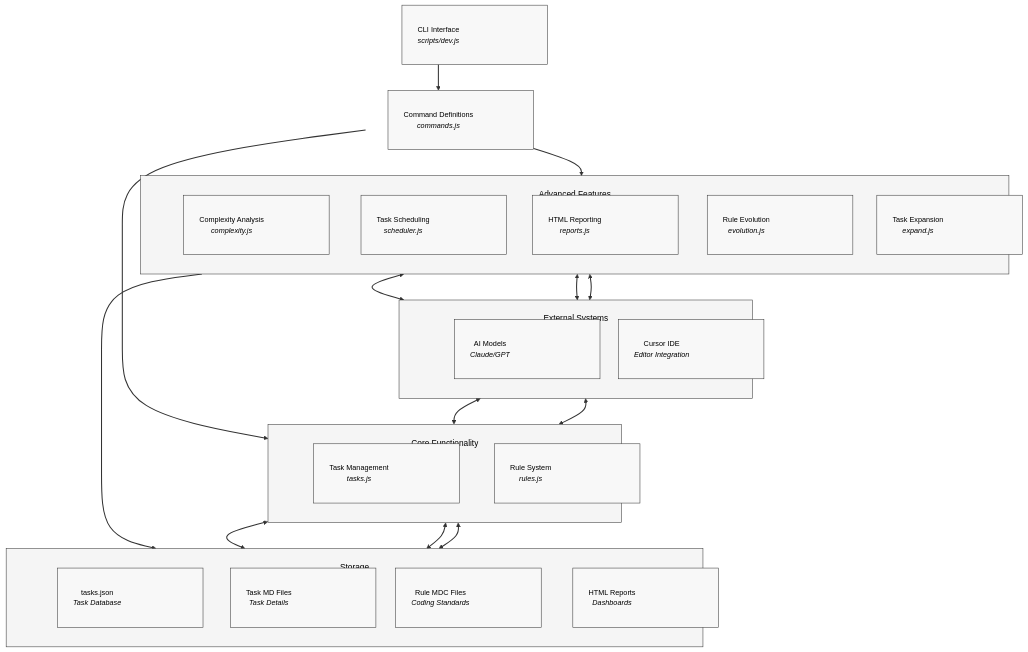
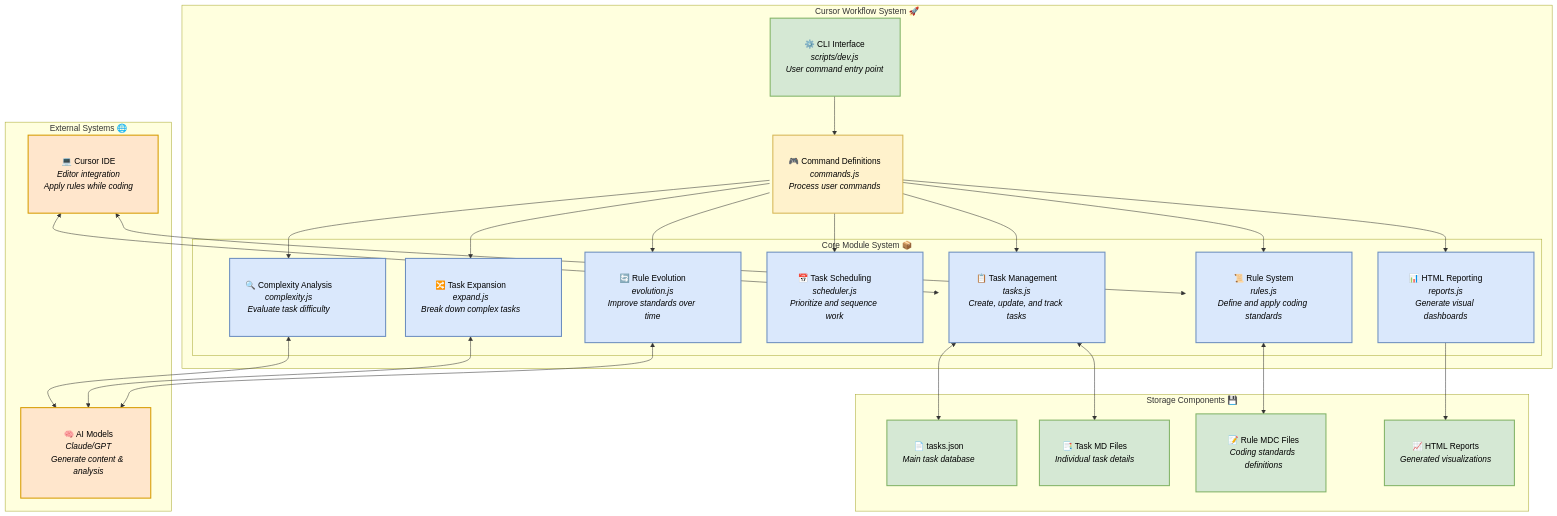
One commit to colours93/cursor_workflow changed the first of 5 diagrams in docs/workflow-guide.md. Above: the diagram before and after it, drawn with Mermaid. The commit also changed other lines of this file, not shown here.

Commit message:
Enhance system architecture diagram with improved visual hierarchy, emojis, and colors

````diff
--- a/docs/workflow-guide.md
+++ b/docs/workflow-guide.md
@@ -159,72 +159,65 @@
 ```mermaid
-flowchart TD
-    %% Main CLI interface
-    CLI["CLI Interface<br><i>scripts/dev.js</i>"]
-    
-    %% Command layer
-    Commands["Command Definitions<br><i>commands.js</i>"]
-    
-    %% Core modules
-    subgraph CoreModules["Core Functionality"]
-        direction TB
-        Tasks["Task Management<br><i>tasks.js</i>"]
-        Rules["Rule System<br><i>rules.js</i>"]
+graph TD
+    subgraph "Cursor Workflow System 🚀"
+        CLI["⚙️ CLI Interface<br><i>scripts/dev.js</i><br><i>User command entry point</i>"]
+        
+        subgraph "Core Module System 📦"
+            Tasks["📋 Task Management<br><i>tasks.js</i><br><i>Create, update, and track tasks</i>"]
+            Rules["📜 Rule System<br><i>rules.js</i><br><i>Define and apply coding standards</i>"]
+            Analysis["🔍 Complexity Analysis<br><i>complexity.js</i><br><i>Evaluate task difficulty</i>"]
+            Scheduler["📅 Task Scheduling<br><i>scheduler.js</i><br><i>Prioritize and sequence work</i>"]
+            Reports["📊 HTML Reporting<br><i>reports.js</i><br><i>Generate visual dashboards</i>"]
+            Evolution["🔄 Rule Evolution<br><i>evolution.js</i><br><i>Improve standards over time</i>"]
+            Expand["🔀 Task Expansion<br><i>expand.js</i><br><i>Break down complex tasks</i>"]
+        end
+        
+        Commands["🎮 Command Definitions<br><i>commands.js</i><br><i>Process user commands</i>"]
     end
     
-    %% Advanced modules
-    subgraph AdvancedModules["Advanced Features"]
-        direction TB
-        Analysis["Complexity Analysis<br><i>complexity.js</i>"]
-        Scheduler["Task Scheduling<br><i>scheduler.js</i>"]
-        Reports["HTML Reporting<br><i>reports.js</i>"]
-        Evolution["Rule Evolution<br><i>evolution.js</i>"]
-        Expand["Task Expansion<br><i>expand.js</i>"]
+    subgraph "Storage Components 💾"
+        TasksJSON["📄 tasks.json<br><i>Main task database</i>"]
+        TaskFiles["📑 Task MD Files<br><i>Individual task details</i>"]
+        RuleFiles["📝 Rule MDC Files<br><i>Coding standards definitions</i>"]
+        HTMLReports["📈 HTML Reports<br><i>Generated visualizations</i>"]
     end
     
-    %% Storage elements
-    subgraph StorageSystem["Storage"]
-        direction TB
-        TasksJSON["tasks.json<br><i>Task Database</i>"]
-        TaskFiles["Task MD Files<br><i>Task Details</i>"]
-        RuleFiles["Rule MDC Files<br><i>Coding Standards</i>"]
-        HTMLReports["HTML Reports<br><i>Dashboards</i>"]
+    subgraph "External Systems 🌐"
+        LLMAPI["🧠 AI Models<br><i>Claude/GPT</i><br><i>Generate content & analysis</i>"]
+        IDE["💻 Cursor IDE<br><i>Editor integration</i><br><i>Apply rules while coding</i>"]
     end
     
-    %% External systems
-    subgraph ExternalSystems["External Systems"]
-        direction TB
-        LLMAPI["AI Models<br><i>Claude/GPT</i>"]
-        IDE["Cursor IDE<br><i>Editor Integration</i>"]
-    end
+    CLI --> Commands
     
-    %% Main flow
-    CLI ==> Commands
+    Commands --> Tasks
+    Commands --> Rules
+    Commands --> Analysis
+    Commands --> Scheduler
+    Commands --> Reports
+    Commands --> Evolution
+    Commands --> Expand
     
-    %% Command connections
-    Commands ==> CoreModules
-    Commands ==> AdvancedModules
-    
-    %% Storage connections
     Tasks <--> TasksJSON
     Tasks <--> TaskFiles
     Rules <--> RuleFiles
     Reports --> HTMLReports
     
-    %% External connections
     Analysis <--> LLMAPI
     Expand <--> LLMAPI
     Evolution <--> LLMAPI
     
     IDE <--> Rules
     IDE <--> Tasks
     
-    %% Styling
-    classDef default fill:#f8f8f8,stroke:#333,stroke-width:1px,color:black,width:280px,padding:15px,margin:20px,font-size:14px
-    classDef container fill:#f5f5f5,stroke:#333,stroke-width:1px,color:black,padding:20px
+    classDef cliStyle fill:#d5e8d4,stroke:#82b366,stroke-width:2px,color:black,width:250px,padding:15px;
+    classDef moduleStyle fill:#dae8fc,stroke:#6c8ebf,stroke-width:2px,color:black,width:300px,padding:15px;
+    classDef commandStyle fill:#fff2cc,stroke:#d6b656,stroke-width:2px,color:black,width:250px,padding:15px;
+    classDef storageStyle fill:#d5e8d4,stroke:#82b366,stroke-width:2px,color:black,width:250px,padding:15px;
+    classDef externalStyle fill:#ffe6cc,stroke:#d79b00,stroke-width:2px,color:black,width:250px,padding:15px;
+    classDef subgraphStyle fill:#f5f5f5,stroke:#333,stroke-width:1px,color:black,padding:20px;
     
-    class CLI,Commands default
-    class CoreModules,AdvancedModules,StorageSystem,ExternalSystems container
-    
-    %% Connection styling
-    linkStyle default stroke:#333,stroke-width:2px
+    class CLI cliStyle;
+    class Tasks,Rules,Analysis,Scheduler,Reports,Evolution,Expand moduleStyle;
+    class Commands commandStyle;
+    class TasksJSON,TaskFiles,RuleFiles,HTMLReports storageStyle;
+    class LLMAPI,IDE externalStyle;
 ```
````
